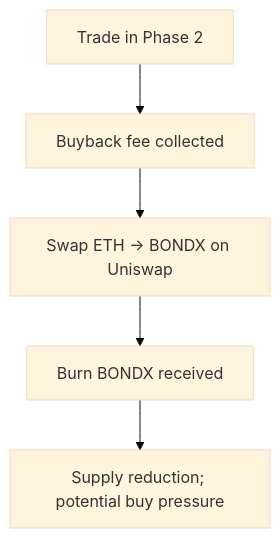
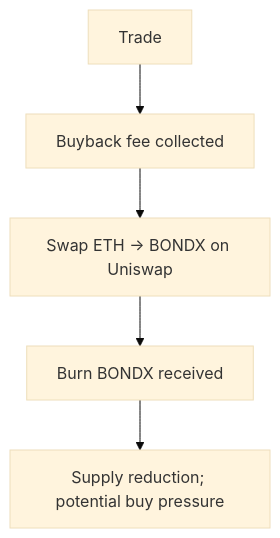
The third of 4 diagrams in appendix/diagrams.md (krobinalpha/gitbook), drawn with Mermaid (base theme) before and after one commit. The commit also changed other lines of this file and 28 other files, not shown here.

````diff
--- a/appendix/diagrams.md
+++ b/appendix/diagrams.md
@@ -33,7 +32,7 @@
 ```mermaid
 flowchart TD
-  A[Trade in Phase 2] --> B[Buyback fee collected]
+  A[Trade] --> B[Buyback fee collected]
   B --> C[Swap ETH -> BONDX on Uniswap]
   C --> D[Burn BONDX received]
   D --> E[Supply reduction; potential buy pressure]
 ```
````
